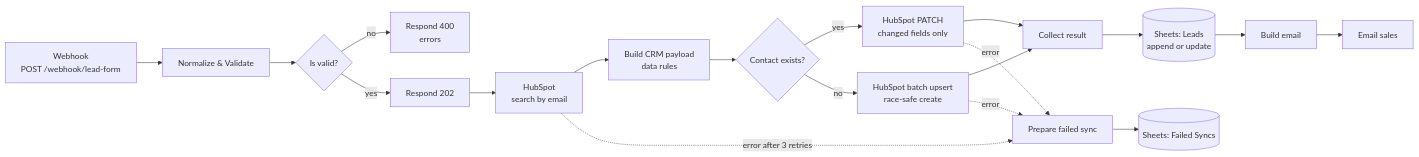
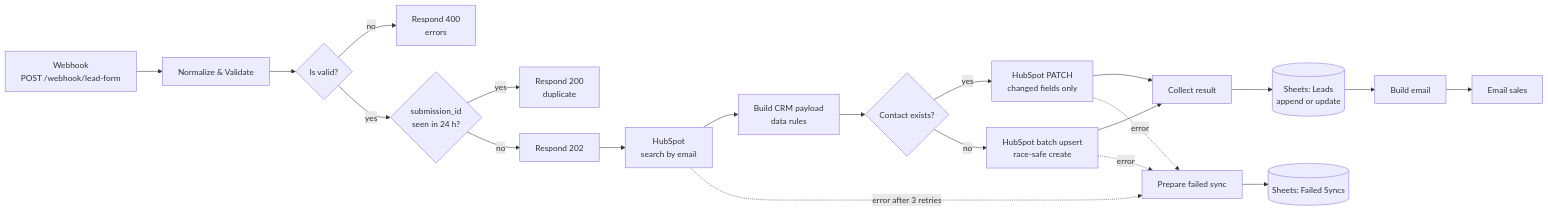
The diagram in projects/01-form-to-crm-sheets-email/README.md (KelvinTrinhSG/n8n-form-crm-automations), drawn with Mermaid before and after one commit. The commit also changed other lines of this file and 8 other files, not shown here.

First line of the commit message:
02 live run: respond last so static data is saved before retries; 01 skips resent submission_id

````diff
--- a/projects/01-form-to-crm-sheets-email/README.md
+++ b/projects/01-form-to-crm-sheets-email/README.md
@@ -47,15 +47,17 @@
 ```mermaid
 flowchart LR
   A[Webhook<br/>POST /webhook/lead-form] --> B[Normalize & Validate]
   B --> C{Is valid?}
   C -- no --> D[Respond 400<br/>errors]
-  C -- yes --> E[Respond 202] --> F[HubSpot<br/>search by email] --> G[Build CRM payload<br/>data rules]
+  C -- yes --> S{submission_id<br/>seen in 24 h?}
+  S -- yes --> SD[Respond 200<br/>duplicate]
+  S -- no --> E[Respond 202] --> F[HubSpot<br/>search by email] --> G[Build CRM payload<br/>data rules]
   G --> H{Contact exists?}
   H -- yes --> I[HubSpot PATCH<br/>changed fields only]
   H -- no --> J[HubSpot batch upsert<br/>race-safe create]
   I --> K[Collect result] 
   J --> K --> L[(Sheets: Leads<br/>append or update)] --> M[Build email] --> N[Email sales]
   F -. error after 3 retries .-> X[Prepare failed sync] --> Y[(Sheets: Failed Syncs)]
   I -. error .-> X
   J -. error .-> X
 ```
````
